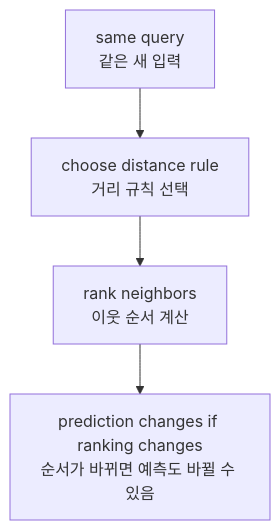
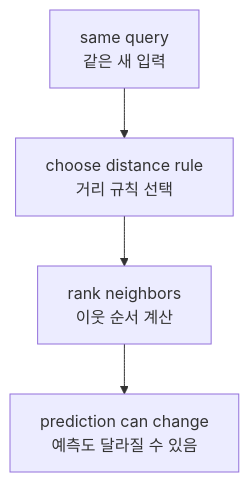
Before and after one commit to devchan64/AiBook: the first of 3 diagrams in docs/parts/part-04/chapter-12/section-02.md, drawn with Mermaid. The commit also changed other lines of this file and 6 other files, not shown here.

````diff
--- a/docs/parts/part-04/chapter-12/section-02.md
+++ b/docs/parts/part-04/chapter-12/section-02.md
@@ -102,9 +47,9 @@
 ```mermaid
 flowchart TD
   A["same query<br/>같은 새 입력"]
   B["choose distance rule<br/>거리 규칙 선택"]
   C["rank neighbors<br/>이웃 순서 계산"]
-  D["prediction changes if ranking changes<br/>순서가 바뀌면 예측도 바뀔 수 있음"]
+  D["prediction can change<br/>예측도 달라질 수 있음"]
 
   A --> B --> C --> D
 ```
````
